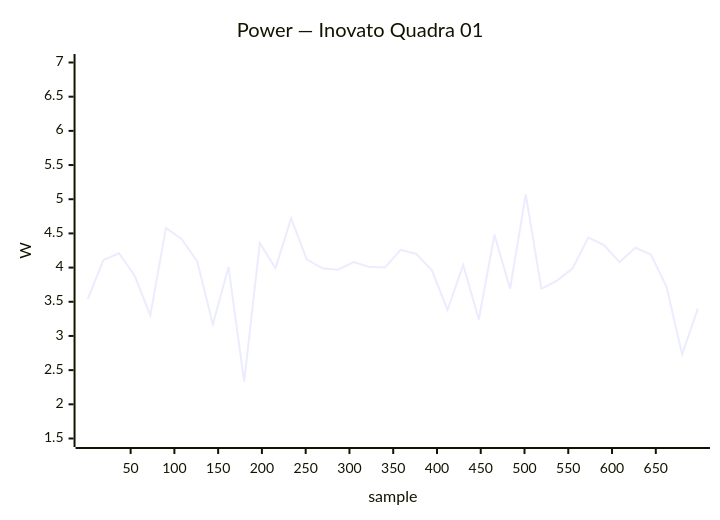
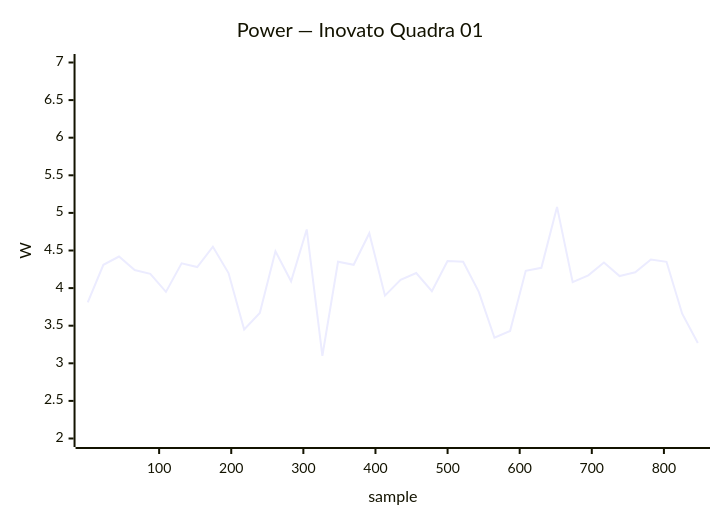
Before and after one commit to armbian/documentation: diagram 15 of 40 in docs/status/board-tests.md, drawn with Mermaid. The commit also changed other lines of this file, not shown here.

````diff
--- a/docs/status/board-tests.md
+++ b/docs/status/board-tests.md
@@ -664,7 +693,7 @@
 ```mermaid
 xychart-beta
     title "Power — Inovato Quadra 01"
-    x-axis "sample" 1 --> 698
-    y-axis "W" 1.5 --> 7.0
-    line [3.54, 4.11, 4.21, 3.88, 3.30, 4.58, 4.42, 4.09, 3.17, 4.01, 2.33, 4.36, 3.99, 4.72, 4.12, 3.99, 3.97, 4.08, 4.01, 4.00, 4.26, 4.20, 3.96, 3.38, 4.04, 3.24, 4.48, 3.69, 5.07, 3.69, 3.81, 3.99, 4.44, 4.33, 4.08, 4.29, 4.19, 3.72, 2.73, 3.40]
+    x-axis "sample" 1 --> 847
+    y-axis "W" 2.0 --> 7.0
+    line [3.81, 4.31, 4.42, 4.24, 4.19, 3.95, 4.33, 4.28, 4.55, 4.20, 3.45, 3.67, 4.49, 4.09, 4.78, 3.10, 4.35, 4.31, 4.73, 3.90, 4.11, 4.20, 3.96, 4.36, 4.35, 3.95, 3.34, 3.43, 4.23, 4.27, 5.08, 4.08, 4.17, 4.34, 4.16, 4.21, 4.38, 4.35, 3.66, 3.27]
 ```
````
